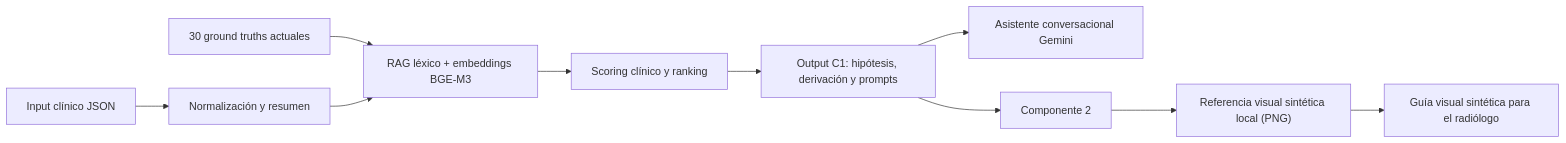
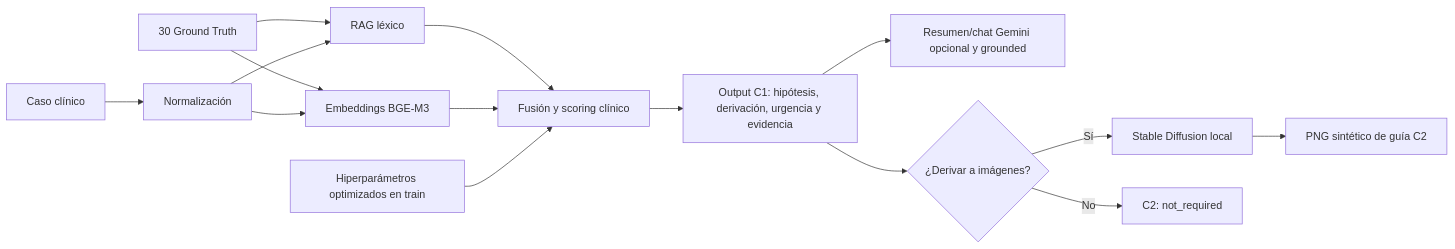
The diagram in TP-Final/README.md (MatiasMogetta/ia-biomed-Mati), drawn with Mermaid before and after one commit. The commit also changed other lines of this file and 14 other files, not shown here.

````diff
--- a/TP-Final/README.md
+++ b/TP-Final/README.md
@@ -24,12 +29,17 @@
 ```mermaid
 flowchart LR
-    A["Input clínico JSON"] --> B["Normalización y resumen"]
-    G["30 ground truths actuales"] --> C["RAG léxico + embeddings BGE-M3"]
+    A["Caso clínico"] --> B["Normalización"]
+    G["30 Ground Truth"] --> C["RAG léxico"]
+    G --> D["Embeddings BGE-M3"]
     B --> C
-    C --> D["Scoring clínico y ranking"]
-    D --> E["Output C1: hipótesis, derivación y prompts"]
-    E --> F["Asistente conversacional Gemini"]
-    E --> H["Componente 2"]
-    H --> J["Referencia visual sintética local (PNG)"]
-    J --> K["Guía visual sintética para el radiólogo"]
+    B --> D
+    C --> E["Fusión y scoring clínico"]
+    D --> E
+    H["Hiperparámetros optimizados en train"] --> E
+    E --> F["Output C1: hipótesis, derivación, urgencia y evidencia"]
+    F --> I["Resumen/chat Gemini opcional y grounded"]
+    F --> J{"¿Derivar a imágenes?"}
+    J -->|Sí| K["Stable Diffusion local"]
+    K --> L["PNG sintético de guía C2"]
+    J -->|No| M["C2: not_required"]
 ```
````
